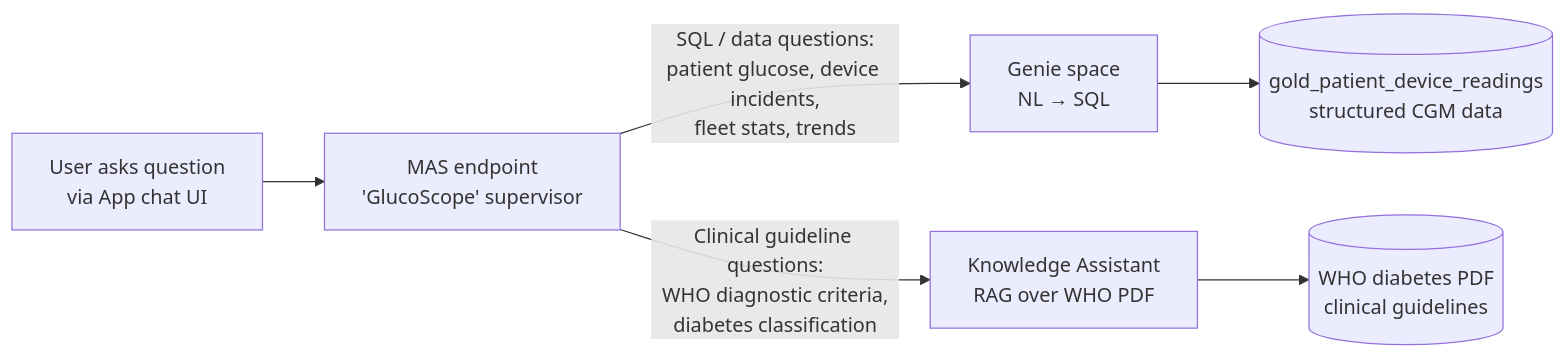
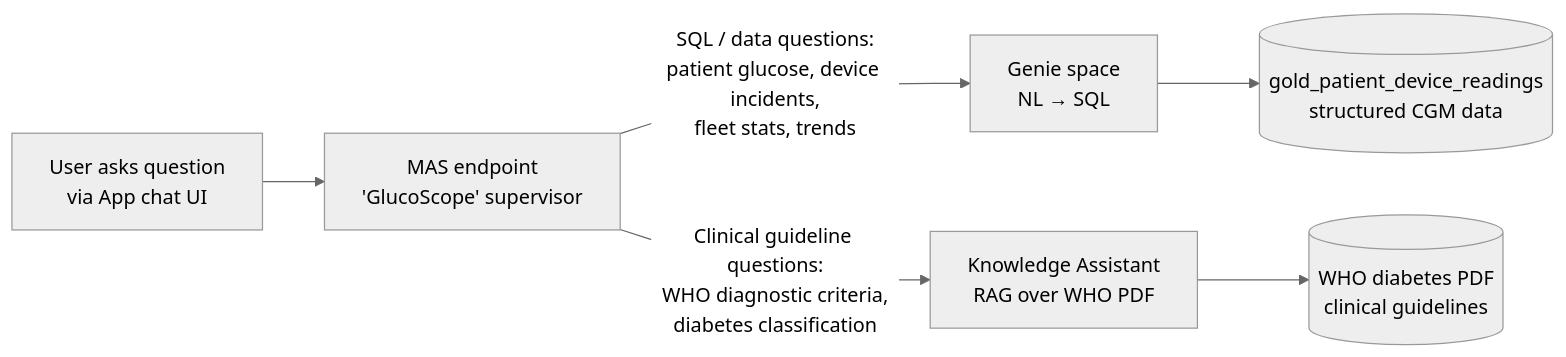
Before and after one commit to databricks-industry-solutions/glucosphere: the diagram in App/README.md, drawn with Mermaid. The commit also changed other lines of this file and 4 other files, not shown here.

````diff
--- a/App/README.md
+++ b/App/README.md
@@ -33,15 +33,16 @@
 ```mermaid
+%%{init: {'theme': 'neutral'}}%%
 flowchart LR
     U[User asks question<br/>via App chat UI]
     M[MAS endpoint<br/>'GlucoScope' supervisor]
     G[Genie space<br/>NL → SQL]
     K[Knowledge Assistant<br/>RAG over WHO PDF]
     DB[(gold_patient_device_readings<br/>structured CGM data)]
     PDF[(WHO diabetes PDF<br/>clinical guidelines)]
 
     U --> M
     M -- "SQL / data questions:<br/>patient glucose, device incidents,<br/>fleet stats, trends" --> G
     M -- "Clinical guideline questions:<br/>WHO diagnostic criteria,<br/>diabetes classification" --> K
     G --> DB
     K --> PDF
 ```
````
